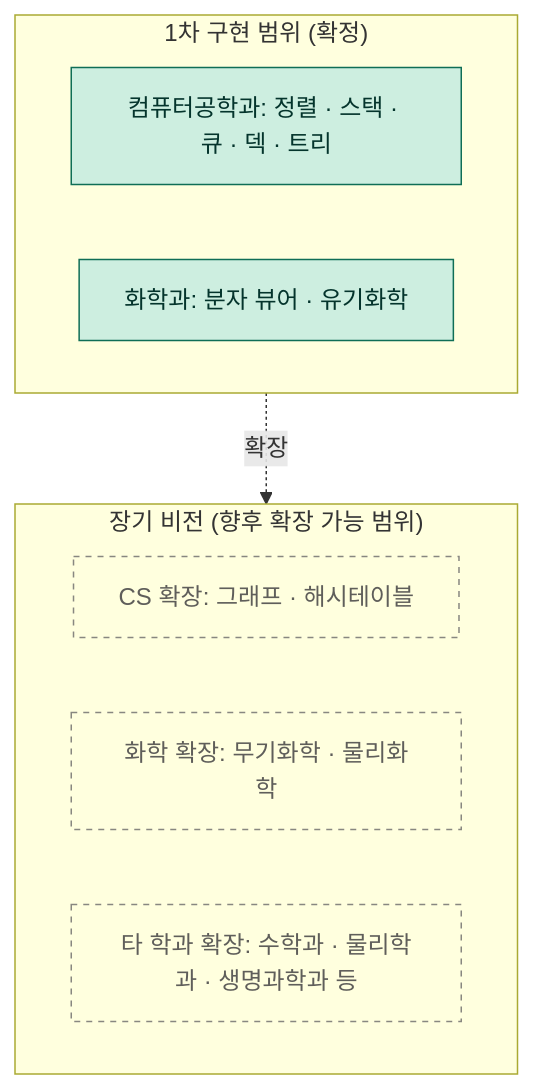
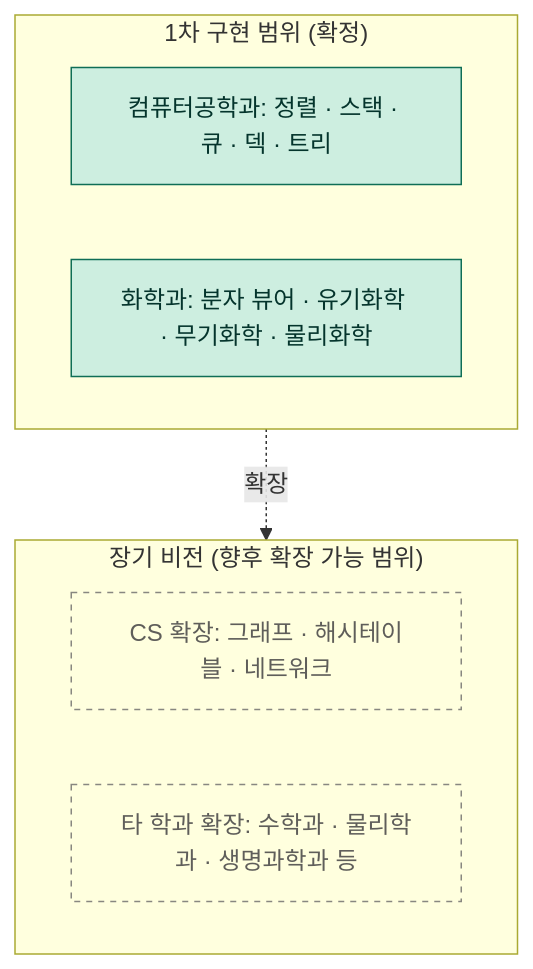
The second of 2 diagrams in 기획서.md (Mureung1/hub-showcase), drawn with Mermaid before and after one commit. The commit also changed other lines of this file and 27 other files, not shown here.

First line of the commit message:
사이드바 3단계 구조 재구성 + 화학과 신규 화면 3종 + 물리화학 착수

````diff
--- a/기획서.md
+++ b/기획서.md
@@ -96,20 +112,19 @@
 ```mermaid
 flowchart TD
     subgraph 확정["1차 구현 범위 (확정)"]
         CS2[컴퓨터공학과: 정렬 · 스택 · 큐 · 덱 · 트리]
-        Chem2[화학과: 분자 뷰어 · 유기화학]
+        Chem2[화학과: 분자 뷰어 · 유기화학 · 무기화학 · 물리화학]
     end
 
     subgraph 비전["장기 비전 (향후 확장 가능 범위)"]
-        CSExt[CS 확장: 그래프 · 해시테이블]
-        ChemExt[화학 확장: 무기화학 · 물리화학]
+        CSExt[CS 확장: 그래프 · 해시테이블 · 네트워크]
         OtherDept[타 학과 확장: 수학과 · 물리학과 · 생명과학과 등]
     end
 
     확정 -.확장.-> 비전
 
     classDef confirmed fill:#cdeee0,stroke:#0f6e56,color:#04342c;
     classDef vision fill:none,stroke:#888780,stroke-dasharray: 4 4,color:#5f5e5a;
     class CS2,Chem2 confirmed
-    class CSExt,ChemExt,OtherDept vision
+    class CSExt,OtherDept vision
 ```
````
